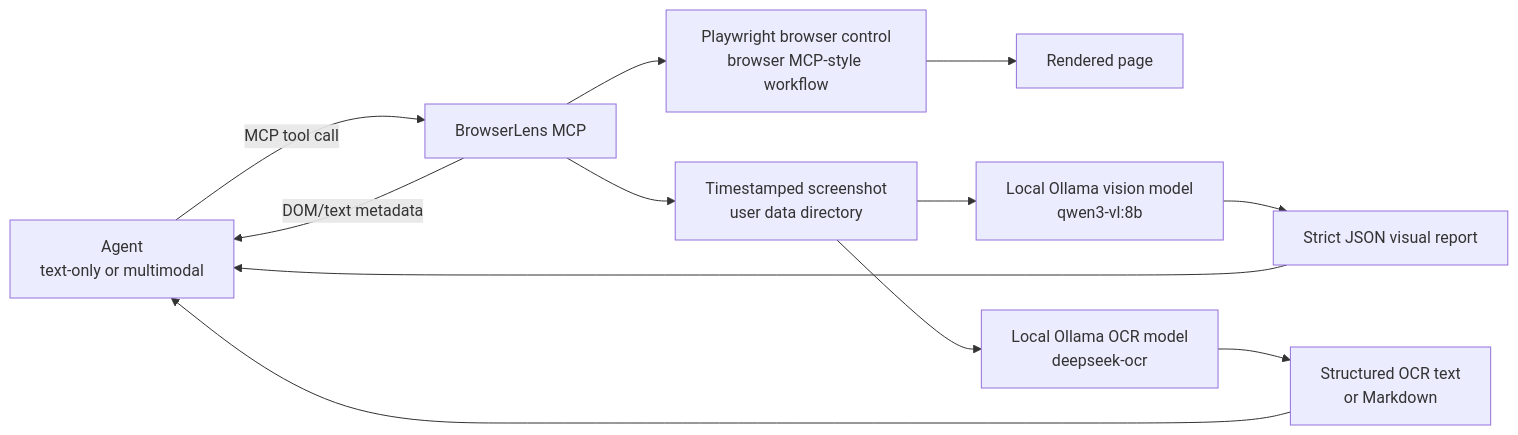
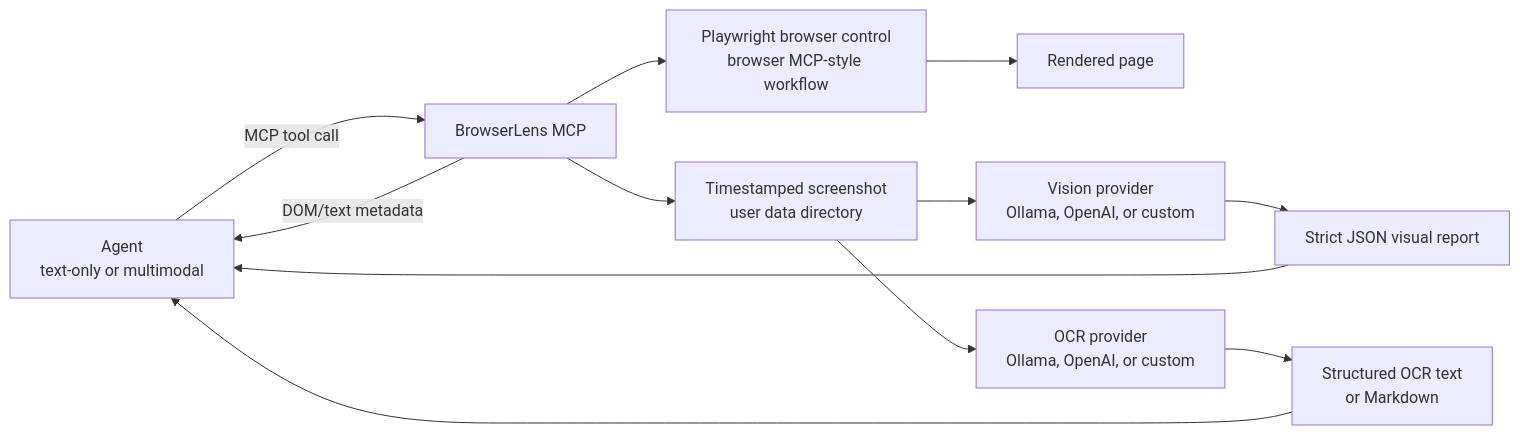
The first of 4 diagrams in README.md (MAMISHO/browserlens), drawn with Mermaid before and after one commit. The commit also changed other lines of this file and 9 other files, not shown here.

Commit message:
Added the possibility to work with custom providers include locas like ollama

````diff
--- a/README.md
+++ b/README.md
@@ -44,14 +44,14 @@
 ```mermaid
 flowchart LR
   A["Agent<br/>text-only or multimodal"] -->|"MCP tool call"| B["BrowserLens MCP"]
   B --> C["Playwright browser control<br/>browser MCP-style workflow"]
   C --> D["Rendered page"]
   B --> E["Timestamped screenshot<br/>user data directory"]
-  E --> F["Local Ollama vision model<br/>qwen3-vl:8b"]
-  E --> G["Local Ollama OCR model<br/>deepseek-ocr"]
+  E --> F["Vision provider<br/>Ollama, OpenAI, or custom"]
+  E --> G["OCR provider<br/>Ollama, OpenAI, or custom"]
   F --> H["Strict JSON visual report"]
   G --> I["Structured OCR text<br/>or Markdown"]
   H --> A
   I --> A
   B -->|"DOM/text metadata"| A
 ```
````
